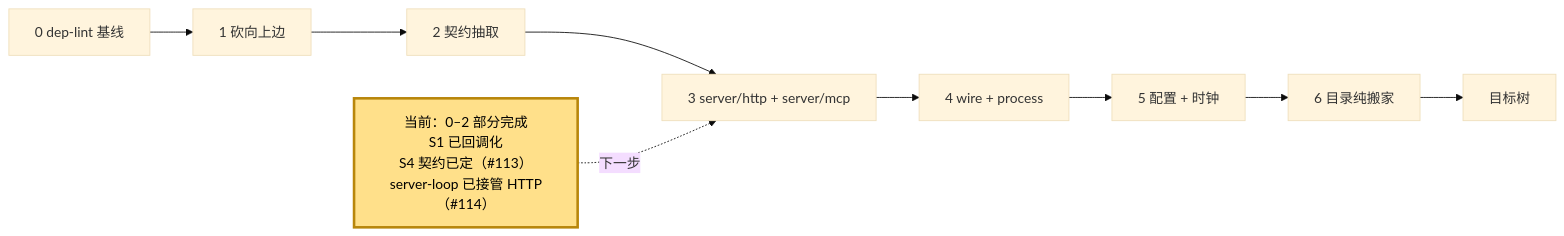
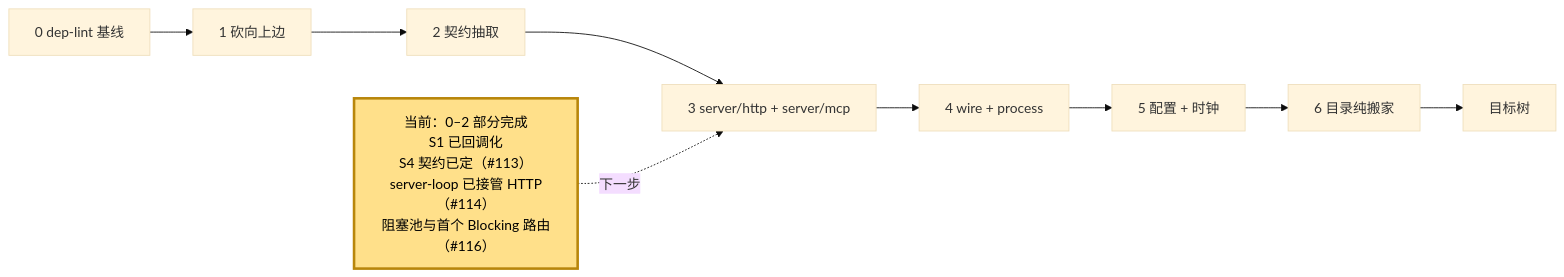
One commit to webxxxxx/plugin-manager changed the fifth of 5 diagrams in docs/architecture.md. Above: the diagram before and after it, drawn with Mermaid (base theme). The commit also changed other lines of this file and 14 other files, not shown here.

Commit message:
feat(server): 阻塞池与 /api/v1/services 走 Blocking 派发 (#116)

````diff
--- a/docs/architecture.md
+++ b/docs/architecture.md
@@ -378,15 +378,15 @@
 ```mermaid
 flowchart LR
     S0["0 dep-lint 基线"] --> S1["1 砍向上边"]
     S1 --> S2["2 契约抽取"]
     S2 --> S3["3 server/http + server/mcp"]
     S3 --> S4["4 wire + process"]
     S4 --> S5["5 配置 + 时钟"]
     S5 --> S6["6 目录纯搬家"]
     S6 --> DONE["目标树"]
 
-    NOW["当前：0–2 部分完成<br/>S1 已回调化<br/>S4 契约已定（#113）<br/>server-loop 已接管 HTTP（#114）"]:::current
+    NOW["当前：0–2 部分完成<br/>S1 已回调化<br/>S4 契约已定（#113）<br/>server-loop 已接管 HTTP（#114）<br/>阻塞池与首个 Blocking 路由（#116）"]:::current
     NOW -.->|下一步| S3
 
     classDef current fill:#ffe08a,stroke:#b8860b,stroke-width:3px,color:#000
 ```
````
